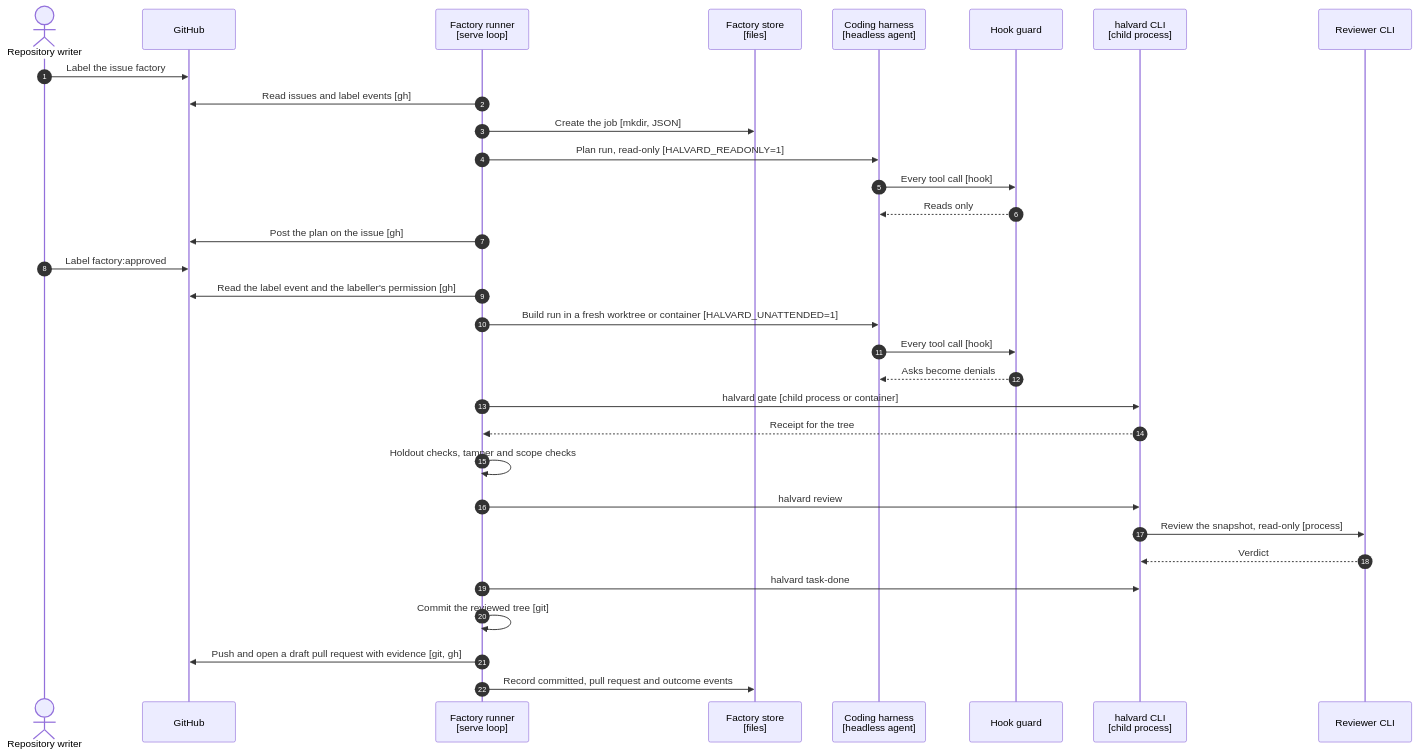
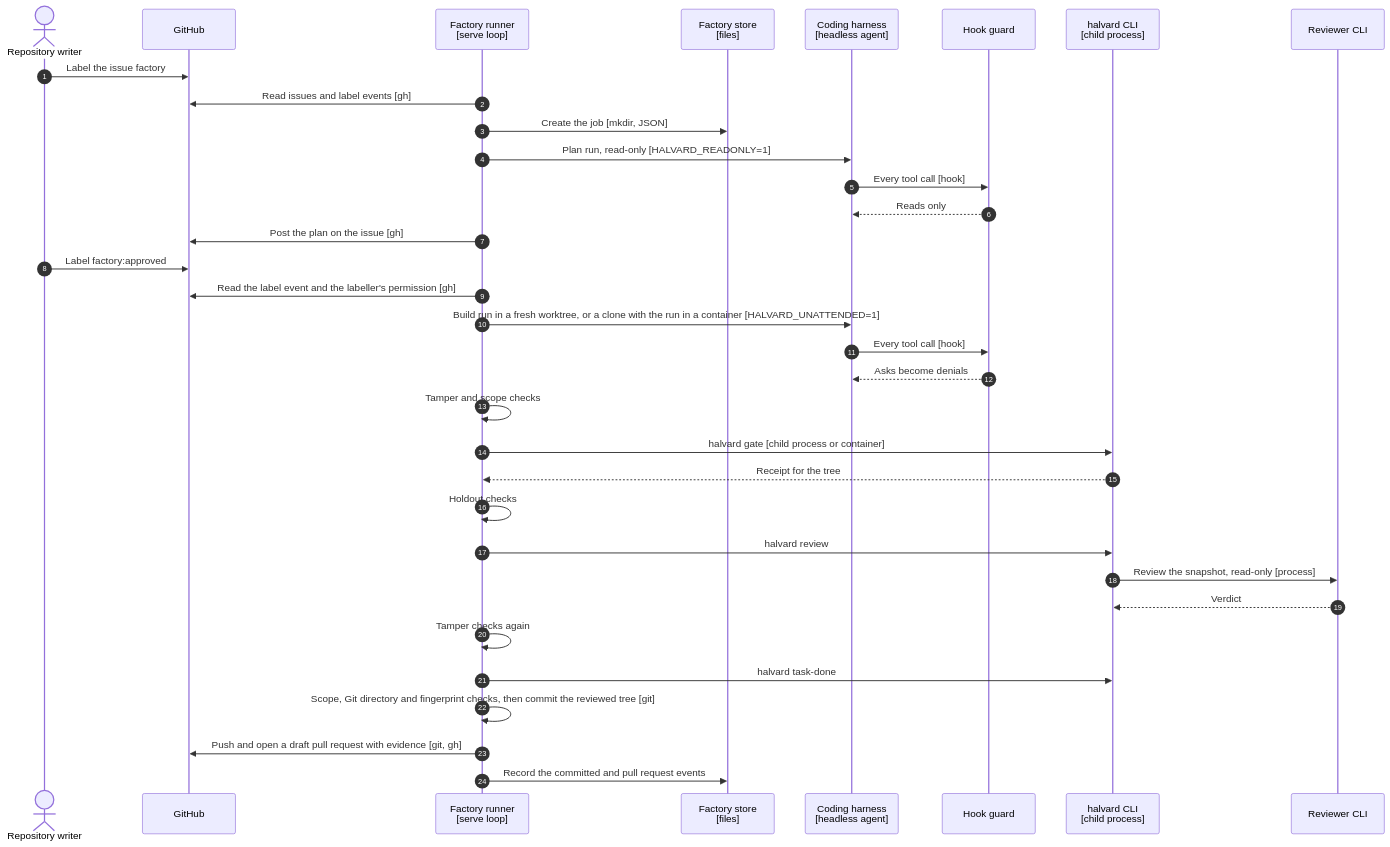
The sixth of 7 diagrams in docs/architecture.md (ghulando/halvard), drawn with Mermaid before and after one commit. The commit also changed other lines of this file and 1 other file, not shown here.

First line of the commit message:
Correct the architecture document after review

````diff
--- a/docs/architecture.md
+++ b/docs/architecture.md
@@ -256,35 +269,37 @@
 ```mermaid
 sequenceDiagram
     autonumber
     actor W as Repository writer
     participant GH as GitHub
     participant S as Factory runner<br/>[serve loop]
     participant J as Factory store<br/>[files]
     participant A as Coding harness<br/>[headless agent]
     participant G as Hook guard
     participant C as halvard CLI<br/>[child process]
     participant R as Reviewer CLI
 
     W->>GH: Label the issue factory
     S->>GH: Read issues and label events [gh]
     S->>J: Create the job [mkdir, JSON]
     S->>A: Plan run, read-only [HALVARD_READONLY=1]
     A->>G: Every tool call [hook]
     G-->>A: Reads only
     S->>GH: Post the plan on the issue [gh]
     W->>GH: Label factory:approved
     S->>GH: Read the label event and the labeller's permission [gh]
-    S->>A: Build run in a fresh worktree or container [HALVARD_UNATTENDED=1]
+    S->>A: Build run in a fresh worktree, or a clone with the run in a container [HALVARD_UNATTENDED=1]
     A->>G: Every tool call [hook]
     G-->>A: Asks become denials
+    S->>S: Tamper and scope checks
     S->>C: halvard gate [child process or container]
     C-->>S: Receipt for the tree
-    S->>S: Holdout checks, tamper and scope checks
+    S->>S: Holdout checks
     S->>C: halvard review
     C->>R: Review the snapshot, read-only [process]
     R-->>C: Verdict
+    S->>S: Tamper checks again
     S->>C: halvard task-done
-    S->>S: Commit the reviewed tree [git]
+    S->>S: Scope, Git directory and fingerprint checks, then commit the reviewed tree [git]
     S->>GH: Push and open a draft pull request with evidence [git, gh]
-    S->>J: Record committed, pull request and outcome events
+    S->>J: Record the committed and pull request events
 ```
````
